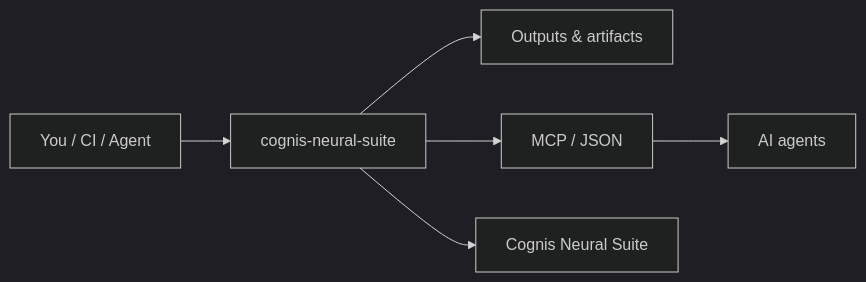
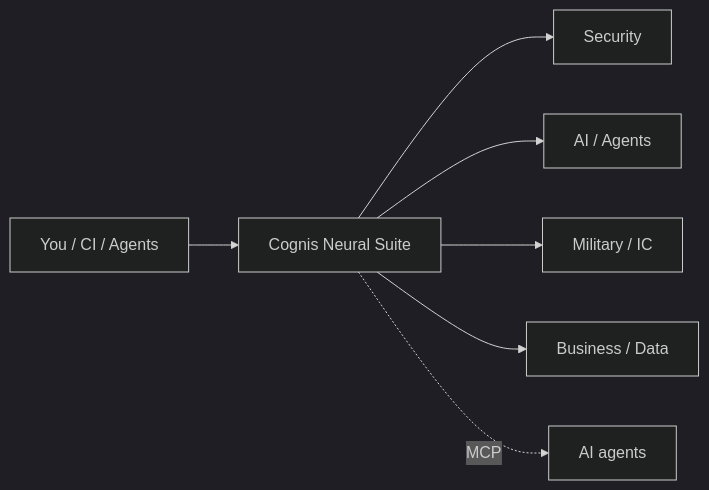
Before and after one commit to cognis-digital/cognis-neural-suite: the diagram in README.md, drawn with Mermaid (dark theme). The commit also changed other lines of this file, not shown here.

Commit message:
docs: regenerate cognis-neural-suite README from live 1-repo list

````diff
--- a/README.md
+++ b/README.md
@@ -199,8 +9,9 @@
 ```mermaid
 flowchart LR
-  U[You / CI / Agent] --> R[cognis-neural-suite]
-  R --> O[Outputs & artifacts]
-  R --> M[MCP / JSON]
-  M --> AI[AI agents]
-  R --> S[Cognis Neural Suite]
+  U[You / CI / Agents] --> S[Cognis Neural Suite]
+  S --> SEC[Security]
+  S --> AI[AI / Agents]
+  S --> MIL[Military / IC]
+  S --> BIZ[Business / Data]
+  S -.MCP.-> AG[AI agents]
 ```
````
